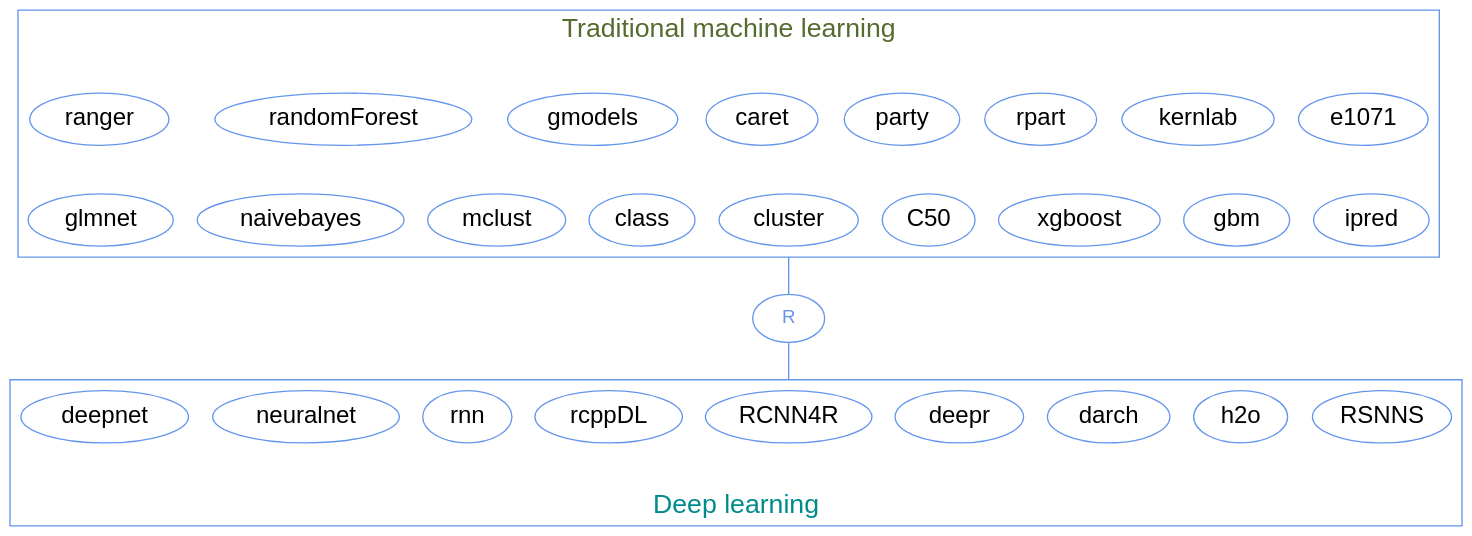
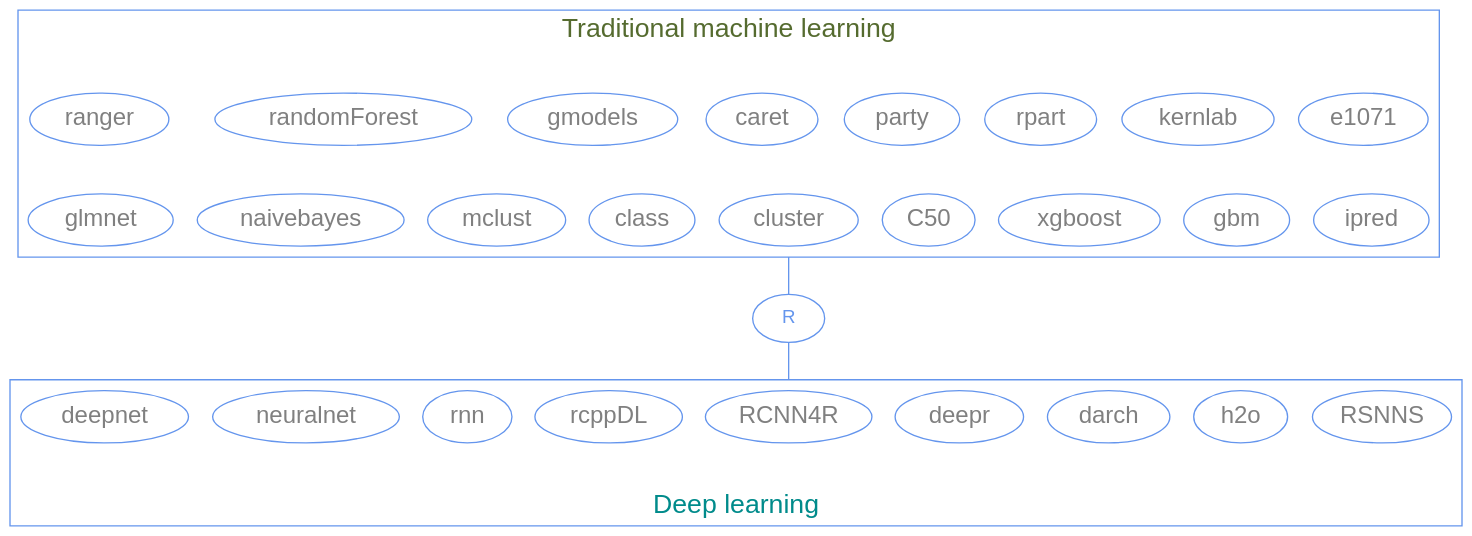
Diagram 18 of 24 in ai/wb_frameworks_content.qmd (WestDRI/arc-training), drawn with Graphviz before and after one commit. The commit also changed other lines of this file, not shown here.

Commit message:
make frameworks content diagrams readable in dark mode

````diff
--- a/ai/wb_frameworks_content.qmd
+++ b/ai/wb_frameworks_content.qmd
@@ -1044,66 +1044,66 @@
 ```{dot}
 //| echo: false
 
 strict graph {
 
   bgcolor="transparent"
   graph [fontname="Inconsolata, sans-serif"]
-  node [fontname="Inconsolata, sans-serif", color=cornflowerblue]
+  node [fontname="Inconsolata, sans-serif", color=cornflowerblue, fontcolor=grey]
   compound=true
 
   subgraph cluster_ml {
 	label="Traditional machine learning\n\n"
 	color=cornflowerblue
 	fontcolor=darkolivegreen
 	fontsize=20
 	edge [style=invis]
 	node [fontsize=18]
 	{rank=same; e1071 kernlab rpart party caret gmodels randomForest ranger}
 	{rank=same; ipred gbm xgboost C50 cluster class mclust naivebayes glmnet}
 	e1071 -- ipred
   }
 
   subgraph cluster_dl {
 	label="\nDeep learning"
 	color=cornflowerblue
 	fontcolor=darkcyan
 	fontsize=20
 	labelloc=b
 	node [fontsize=18]
 	RSNNS h2o darch deepr RCNN4R rcppDL rnn neuralnet deepnet
   }
 
   ranger [URL=""]
   randomForest [URL=""]
   gmodels [URL="https://cran.r-project.org/web/packages/gmodels/index.html"]
   caret [URL=""]
   party [URL="https://cran.r-project.org/web/packages/party/index.html"]
   rpart [URL=""]
   kernlab [URL=""]
   e1071 [URL=""]
   glmnet [URL=""]
   naivebayes [URL=""]
   mclust [URL=""]
   class [URL=""]
   cluster [URL=""]
   C50 [URL=""]
   xgboost [URL=""]
   gbm [URL=""]
   ipred [URL=""]
   deepnet [URL=""]
   neuralnet [URL=""]
   rnn [URL=""]
   rcppDL [URL=""]
   RCNN4R [URL=""]
   deepr [URL=""]
   darch [URL=""]
   h2o [URL=""]
   RSNNS [URL=""]
 
   R [fontcolor=cornflowerblue, URL="https://www.r-project.org/"]
 
   cluster -- R [ltail=cluster_ml, color=cornflowerblue]
   R -- RCNN4R [lhead=cluster_dl, color=cornflowerblue]
 
 }
 ```
````
